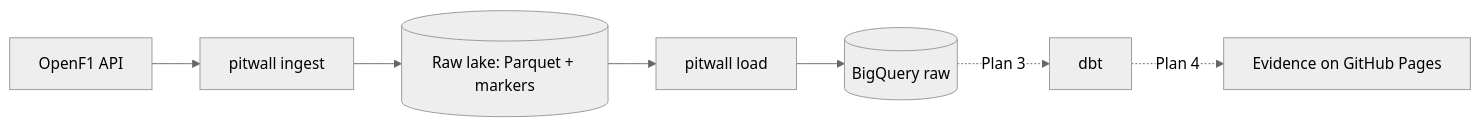
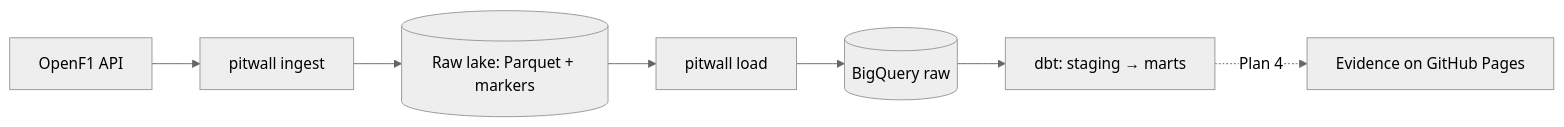
The diagram in README.md (TomasRipsky/pitwall), drawn with Mermaid (neutral theme) before and after one commit. The commit also changed other lines of this file and 40 other files, not shown here.

First line of the commit message:
feat(pitwall): dbt race-strategy models and data-quality rules (data-engineering-lab#21)

````diff
--- a/README.md
+++ b/README.md
@@ -7,5 +7,5 @@
 ```mermaid
 flowchart LR
   api[OpenF1 API] --> ingest[pitwall ingest] --> lake[(Raw lake: Parquet + markers)]
-  lake --> load[pitwall load] --> bq[(BigQuery raw)] -. Plan 3 .-> dbt[dbt] -. Plan 4 .-> site[Evidence on GitHub Pages]
+  lake --> load[pitwall load] --> bq[(BigQuery raw)] --> dbt[dbt: staging → marts] -. Plan 4 .-> site[Evidence on GitHub Pages]
 ```
````
